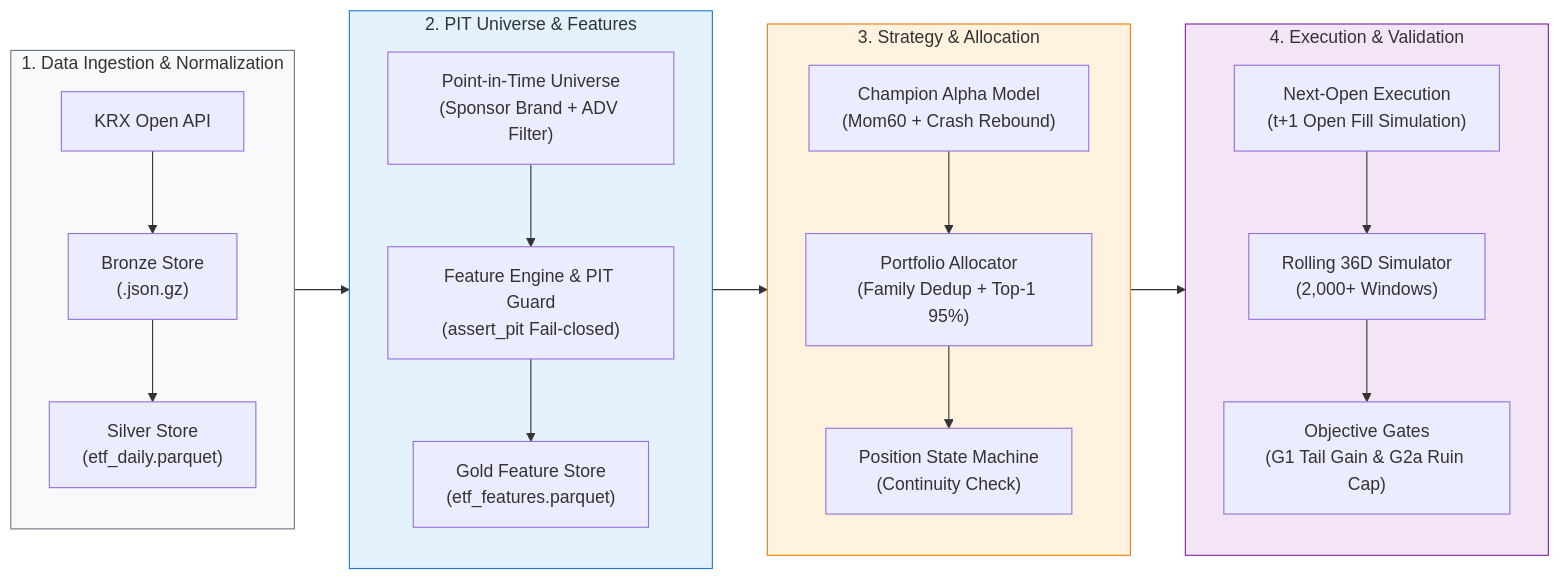
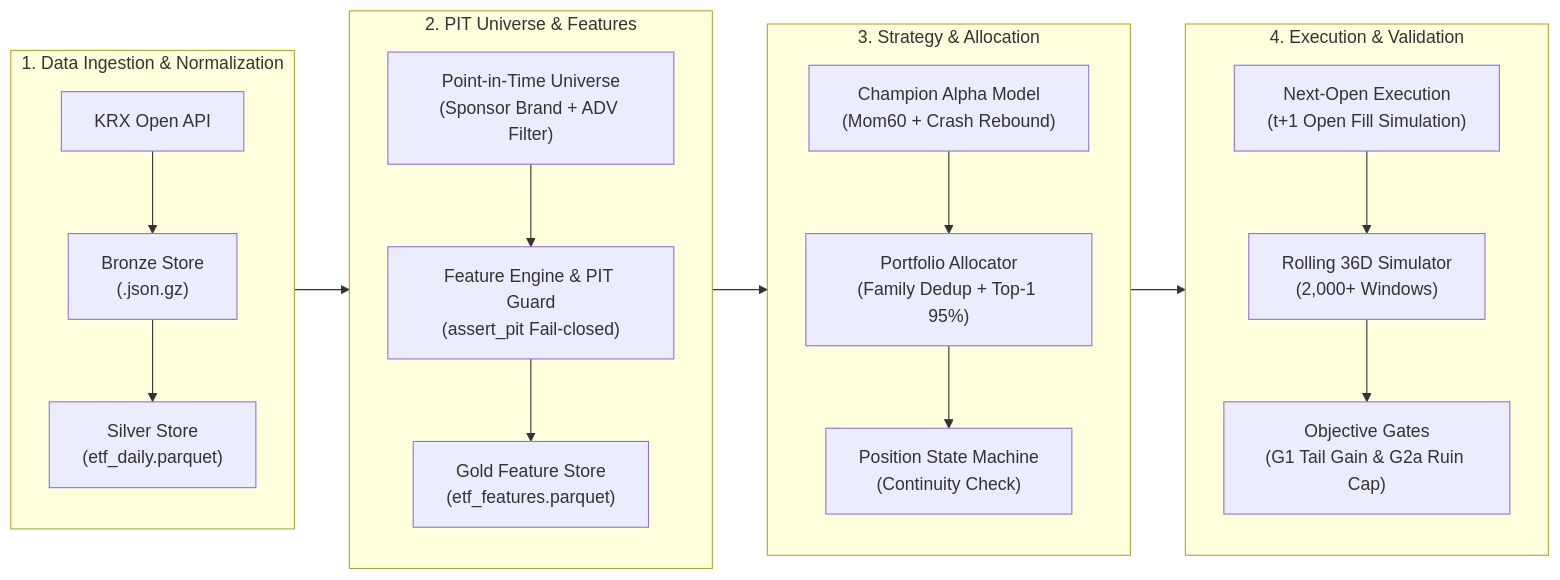
One commit to KTHYEONG/mt-etf-king-2026 changed the first of 2 diagrams in docs/architecture/README.md. Above: the diagram before and after it, drawn with Mermaid. The commit also changed other lines of this file and 4 other files, not shown here.

First line of the commit message:
docs: 다이어그램 내 시인성 저해 인라인 스타일 제거

````diff
--- a/docs/architecture/README.md
+++ b/docs/architecture/README.md
@@ -11,39 +11,34 @@
 ```mermaid
 flowchart LR
     subgraph L1 ["1. Data Ingestion & Normalization"]
         direction TB
         D1["KRX Open API"] --> D2["Bronze Store\n(.json.gz)"]
         D2 --> D3["Silver Store\n(etf_daily.parquet)"]
     end
 
     subgraph L2 ["2. PIT Universe & Features"]
         direction TB
         F1["Point-in-Time Universe\n(Sponsor Brand + ADV Filter)"]
         F2["Feature Engine & PIT Guard\n(assert_pit Fail-closed)"]
         F3["Gold Feature Store\n(etf_features.parquet)"]
         F1 --> F2 --> F3
     end
 
     subgraph L3 ["3. Strategy & Allocation"]
         direction TB
         S1["Champion Alpha Model\n(Mom60 + Crash Rebound)"]
         S2["Portfolio Allocator\n(Family Dedup + Top-1 95%)"]
         S3["Position State Machine\n(Continuity Check)"]
         S1 --> S2 --> S3
     end
 
     subgraph L4 ["4. Execution & Validation"]
         direction TB
         E1["Next-Open Execution\n(t+1 Open Fill Simulation)"]
         E2["Rolling 36D Simulator\n(2,000+ Windows)"]
         E3["Objective Gates\n(G1 Tail Gain & G2a Ruin Cap)"]
         E1 --> E2 --> E3
     end
 
     L1 --> L2 --> L3 --> L4
-
-    style L1 fill:#f8f9fa,stroke:#6c757d,stroke-width:1px
-    style L2 fill:#e3f2fd,stroke:#1976d2,stroke-width:1px
-    style L3 fill:#fff3e0,stroke:#f57c00,stroke-width:1px
-    style L4 fill:#f3e5f5,stroke:#7b1fa2,stroke-width:1px
 ```
````
